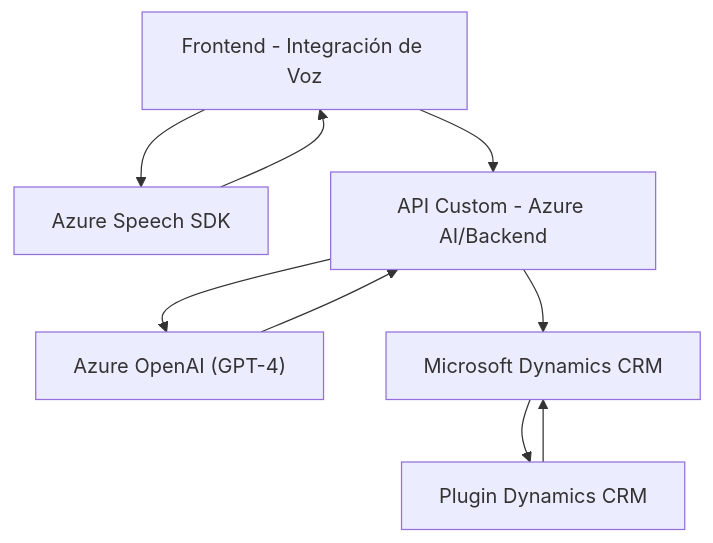
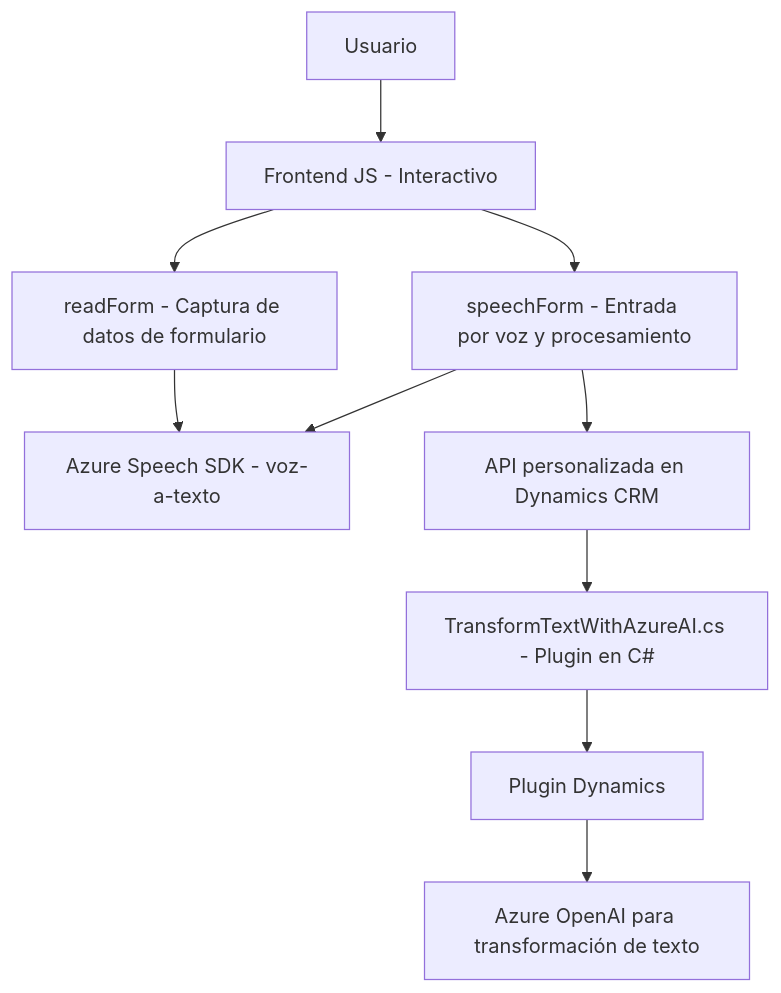
The diagram in README.md (blopezdm/NETCORE_BILBAO2025), drawn with Mermaid before and after one commit. The commit also changed other lines of this file, not shown here.

````diff
--- a/README.md
+++ b/README.md
@@ -43,18 +51,16 @@
 ```mermaid
 graph TD
-    A["Frontend - Integración de Voz"]
-    B["Azure Speech SDK"]
-    C["API Custom - Azure AI/Backend"]
-    D["Plugin Dynamics CRM"]
-    E["Azure OpenAI (GPT-4)"]
-    F["Microsoft Dynamics CRM"]
-
-    A --> B
-    A --> C
-    C --> E
-    C --> F
-    B --> A
-    D --> F
-    F --> D
-    E --> C
+    A["Usuario"]
+    A --> B["Frontend JS - Interactivo"]
+    B --> C["readForm - Captura de datos de formulario"]
+    B --> D["speechForm - Entrada por voz y procesamiento"]
+    
+    C --> G["Azure Speech SDK - texto-a-voz"]
+    D --> G["Azure Speech SDK - voz-a-texto"]
+    D --> H["API personalizada en Dynamics CRM"]
+    
+    H --> I["TransformTextWithAzureAI.cs - Plugin en C#"]
+    
+    I --> J["Plugin Dynamics"]
+    J --> K["Azure OpenAI para transformación de texto"]
 ```
````
